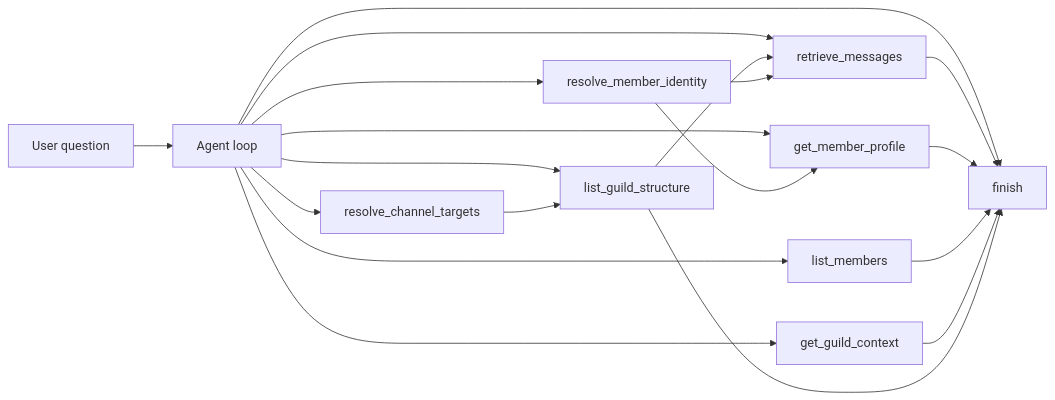
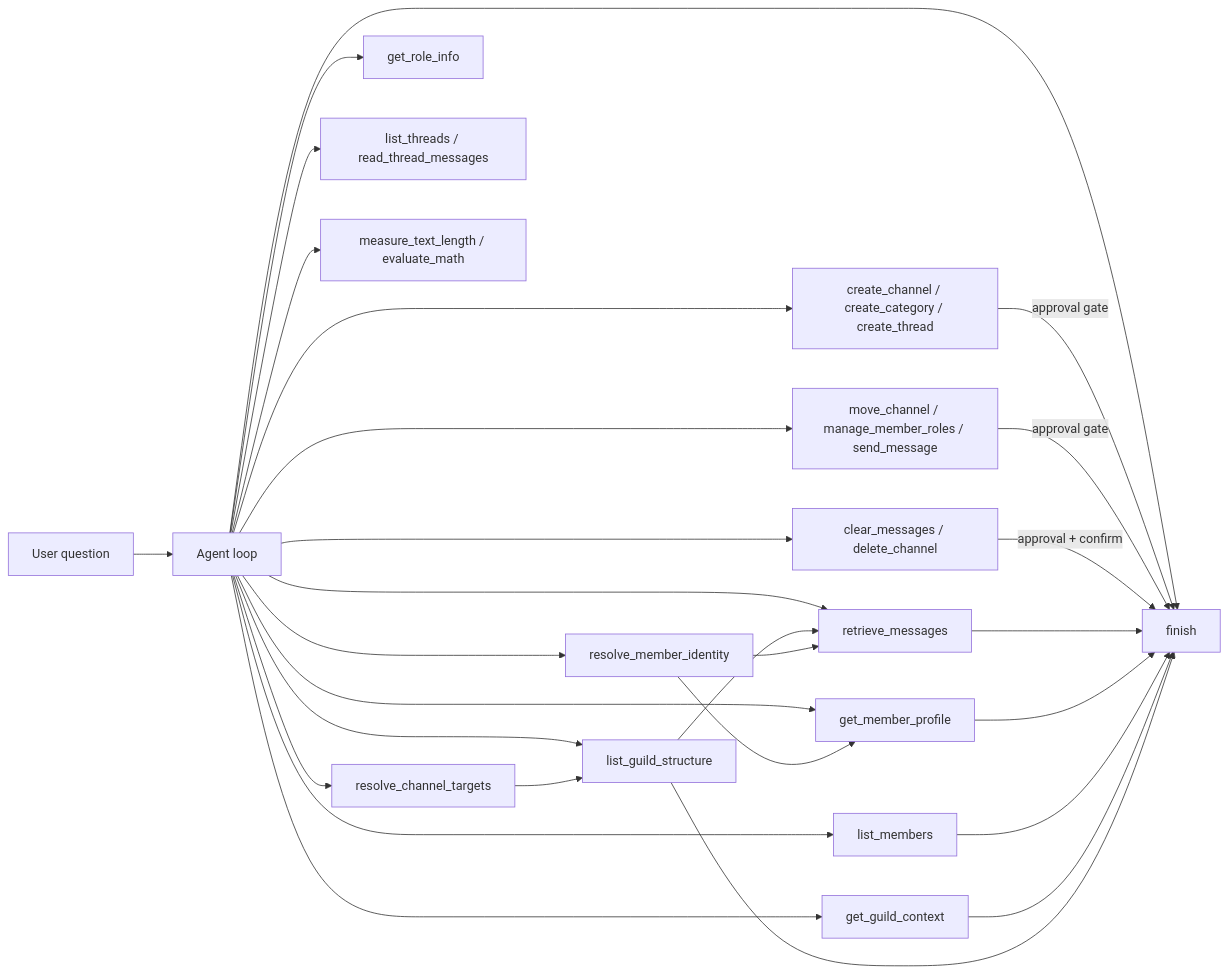
Before and after one commit to zF4ke/sophia: the third of 6 diagrams in docs/how-sophia-works.md, drawn with Mermaid. The commit also changed other lines of this file and 9 other files, not shown here.

````diff
--- a/docs/how-sophia-works.md
+++ b/docs/how-sophia-works.md
@@ -150,23 +151,32 @@
 ```mermaid
 flowchart LR
     Q[User question] --> L[Agent loop]
     L --> C1[resolve_channel_targets]
     L --> C2[resolve_member_identity]
     L --> C3[list_guild_structure]
     L --> C4[retrieve_messages]
     L --> C5[get_member_profile]
     L --> C6[list_members]
     L --> C7[get_guild_context]
+    L --> C8[get_role_info]
+    L --> C9[list_threads / read_thread_messages]
+    L --> C10[measure_text_length / evaluate_math]
+    L --> W1[create_channel / create_category / create_thread]
+    L --> W2[move_channel / manage_member_roles / send_message]
+    L --> D1[clear_messages / delete_channel]
     L --> FN[finish]
 
     C1 --> C3
     C3 --> C4
     C2 --> C5
     C2 --> C4
 
+    W1 -->|approval gate| FN
+    W2 -->|approval gate| FN
+    D1 -->|approval + confirm| FN
     C4 --> FN
     C5 --> FN
     C6 --> FN
     C7 --> FN
     C3 --> FN
 ```
````
